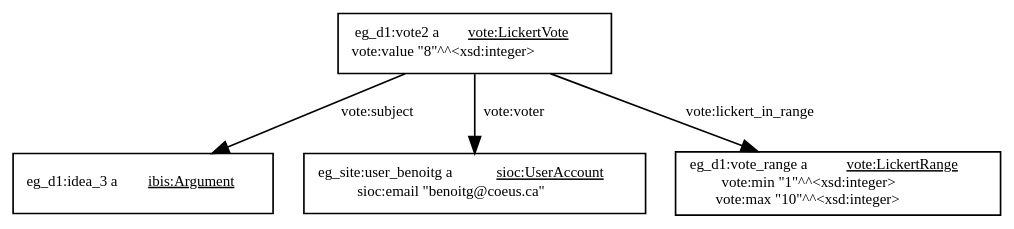
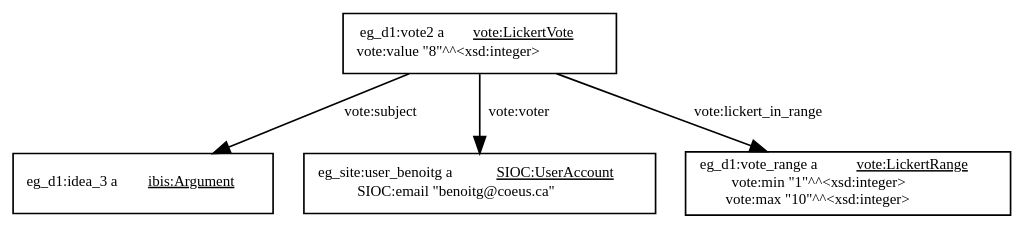
One commit to catalyst-fp7/documents changed diagram 14 of 16 in interoperability/interoperability.md. Above: the diagram before and after it, drawn with Graphviz. The commit also changed other lines of this file, not shown here.

````diff
--- a/interoperability/interoperability.md
+++ b/interoperability/interoperability.md
@@ -1264,24 +1262,24 @@
 ```graphviz 0.72
 digraph g {
     graph [bgcolor="transparent", rankdir="TB", compound="true"];
     node [fillcolor=white, style=filled,  shape=record, fontsize=9];
     edge [fontsize=9];
     idea3 [label=<eg_d1:idea_3 a <U>ibis:Argument</U>>];
     user2 [label=<<table border='0' cellborder='0' cellpadding='0' cellspacing='0'>
-        <tr><td>eg_site:user_benoitg a <U>sioc:UserAccount</U></td></tr>
-        <tr><td>sioc:email "benoitg@coeus.ca"</td></tr>
+        <tr><td>eg_site:user_benoitg a <U>SIOC:UserAccount</U></td></tr>
+        <tr><td>SIOC:email "benoitg@coeus.ca"</td></tr>
         </table>>];
     vote2 [label=<<table border='0' cellborder='0' cellpadding='0' cellspacing='0'>
         <tr><td>eg_d1:vote2 a <U>vote:LickertVote</U></td></tr>
         <tr><td>vote:value "8"^^&lt;xsd:integer&gt;</td></tr>
     </table>>];
     vote_range [label=<<table border='0' cellborder='0' cellpadding='0' cellspacing='0'>
         <tr><td>eg_d1:vote_range a <U>vote:LickertRange</U></td></tr>
         <tr><td>vote:min "1"^^&lt;xsd:integer&gt;</td></tr>
         <tr><td>vote:max "10"^^&lt;xsd:integer&gt;</td></tr>
     </table>>];
     vote2->idea3 [label="vote:subject"];
     vote2->user2 [label="vote:voter"];
     vote2->vote_range [label="vote:lickert_in_range"];
 }
 ```
````
